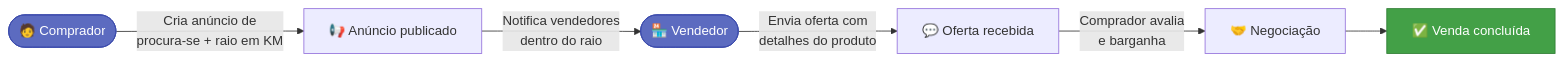
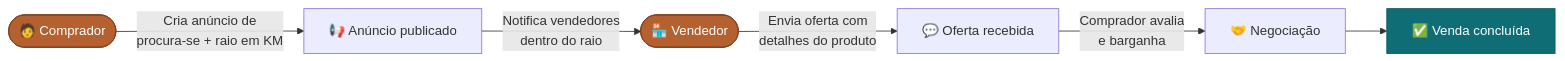
One commit to felipegf1/docs-grupo3-tppe changed the diagram in docs/index.md. Above: the diagram before and after it, drawn with Mermaid. The commit also changed other lines of this file and 6 other files, not shown here.

````diff
--- a/docs/index.md
+++ b/docs/index.md
@@ -55,12 +55,12 @@
 ```mermaid
 flowchart LR
     A(["🧑 Comprador"]) -->|Cria anúncio de<br/>procura-se + raio em KM| B["📢 Anúncio publicado"]
     B -->|Notifica vendedores<br/>dentro do raio| C(["🏪 Vendedor"])
     C -->|Envia oferta com<br/>detalhes do produto| D["💬 Oferta recebida"]
     D -->|Comprador avalia<br/>e barganha| E["🤝 Negociação"]
     E --> F["✅ Venda concluída"]
 
-    style A fill:#5c6bc0,stroke:#3949ab,color:#fff
-    style C fill:#5c6bc0,stroke:#3949ab,color:#fff
-    style F fill:#43a047,stroke:#2e7d32,color:#fff
+    style A fill:#b4602f,stroke:#7b3e1f,color:#fff
+    style C fill:#b4602f,stroke:#7b3e1f,color:#fff
+    style F fill:#0f6e75,stroke:#0d585e,color:#fff
 ```
````
